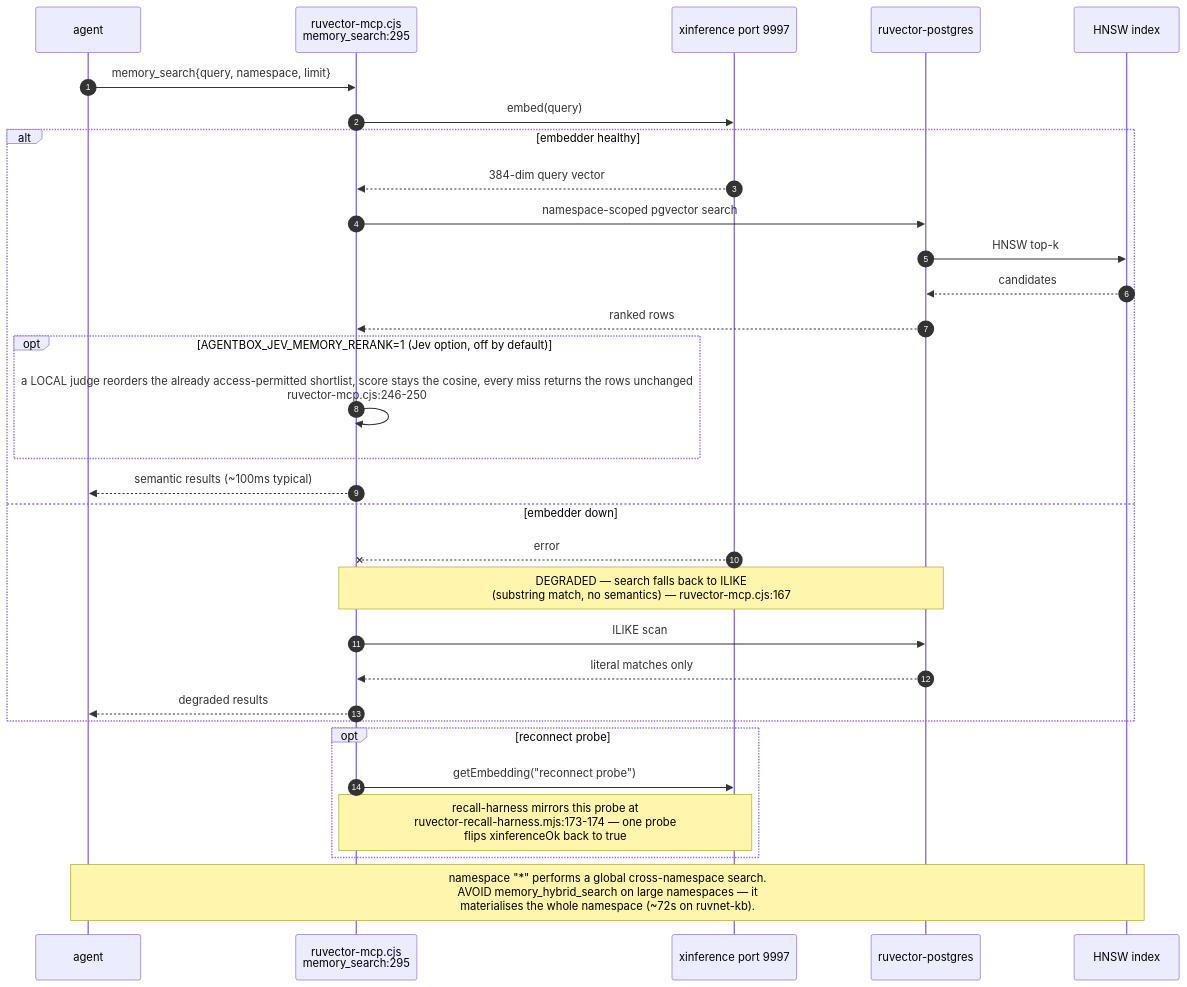
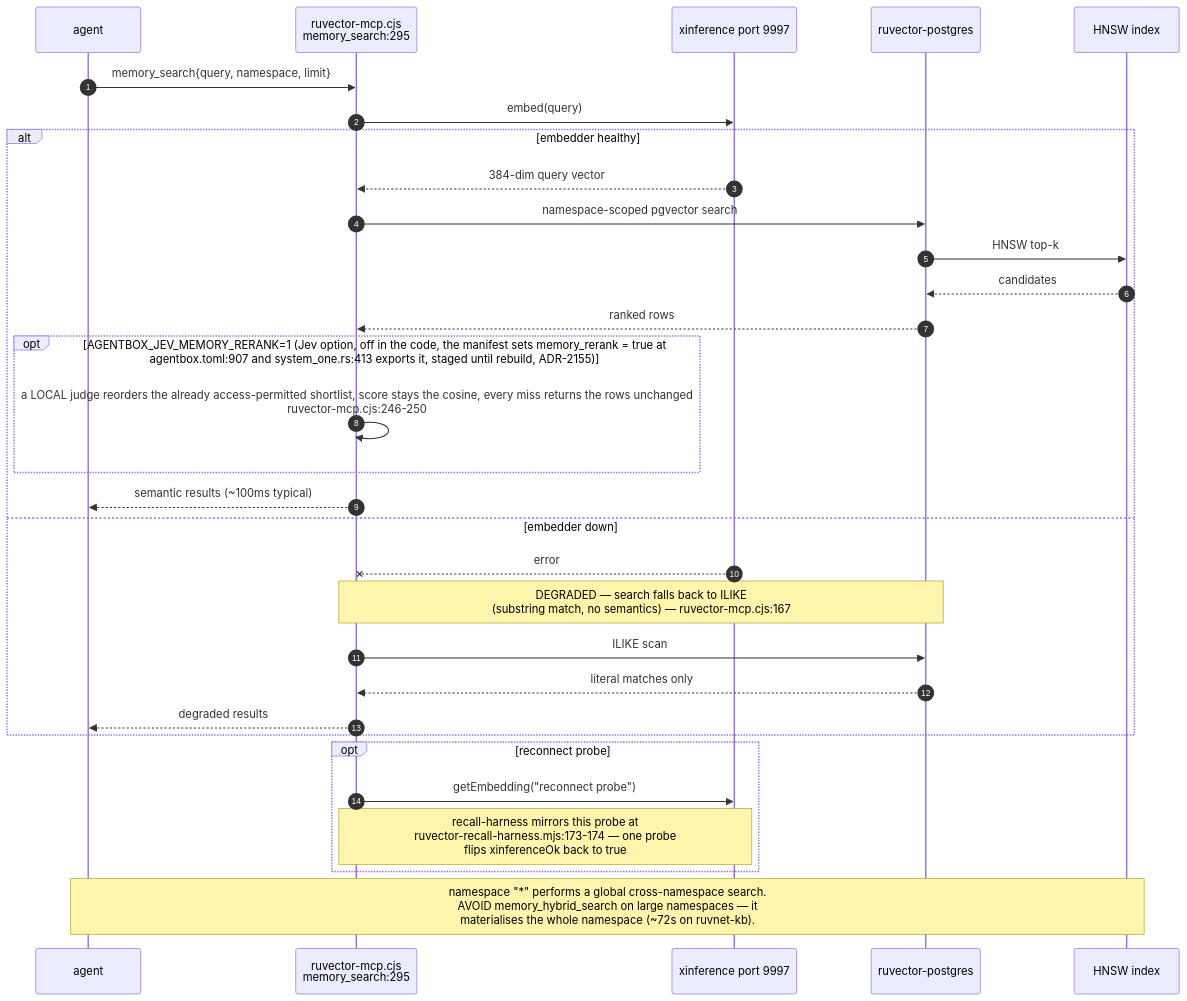
One commit to DreamLab-AI/VisionFlow changed the third of 6 diagrams in docs/diagrams/estate/07-memory-and-embedding-estate.md. Above: the diagram before and after it, drawn with Mermaid. The commit also changed other lines of this file and 145 other files, not shown here.

````diff
--- a/docs/diagrams/estate/07-memory-and-embedding-estate.md
+++ b/docs/diagrams/estate/07-memory-and-embedding-estate.md
@@ -112,34 +113,34 @@
 ```mermaid
 sequenceDiagram
     autonumber
     participant A as agent
     participant M as ruvector-mcp.cjs<br/>memory_search:295
     participant X as xinference port 9997
     participant P as ruvector-postgres
     participant H as HNSW index
 
     A->>M: memory_search{query, namespace, limit}
     M->>X: embed(query)
     alt embedder healthy
         X-->>M: 384-dim query vector
         M->>P: namespace-scoped pgvector search
         P->>H: HNSW top-k
         H-->>P: candidates
         P-->>M: ranked rows
-        opt AGENTBOX_JEV_MEMORY_RERANK=1 (Jev option, off by default)
+        opt AGENTBOX_JEV_MEMORY_RERANK=1 (Jev option, off in the code, the manifest sets memory_rerank = true at agentbox.toml:907 and system_one.rs:413 exports it, staged until rebuild, ADR-2155)
             M->>M: a LOCAL judge reorders the already access-permitted shortlist, score stays the cosine, every miss returns the rows unchanged<br/>ruvector-mcp.cjs:246-250
         end
         M-->>A: semantic results (~100ms typical)
     else embedder down
         X--xM: error
         Note over M,P: DEGRADED — search falls back to ILIKE<br/>(substring match, no semantics) — ruvector-mcp.cjs:167
         M->>P: ILIKE scan
         P-->>M: literal matches only
         M-->>A: degraded results
     end
     opt reconnect probe
         M->>X: getEmbedding("reconnect probe")
         Note over M,X: recall-harness mirrors this probe at<br/>ruvector-recall-harness.mjs:173-174 — one probe<br/>flips xinferenceOk back to true
     end
     Note over A,H: namespace "*" performs a global cross-namespace search.<br/>AVOID memory_hybrid_search on large namespaces — it<br/>materialises the whole namespace (~72s on ruvnet-kb).
 ```
````
